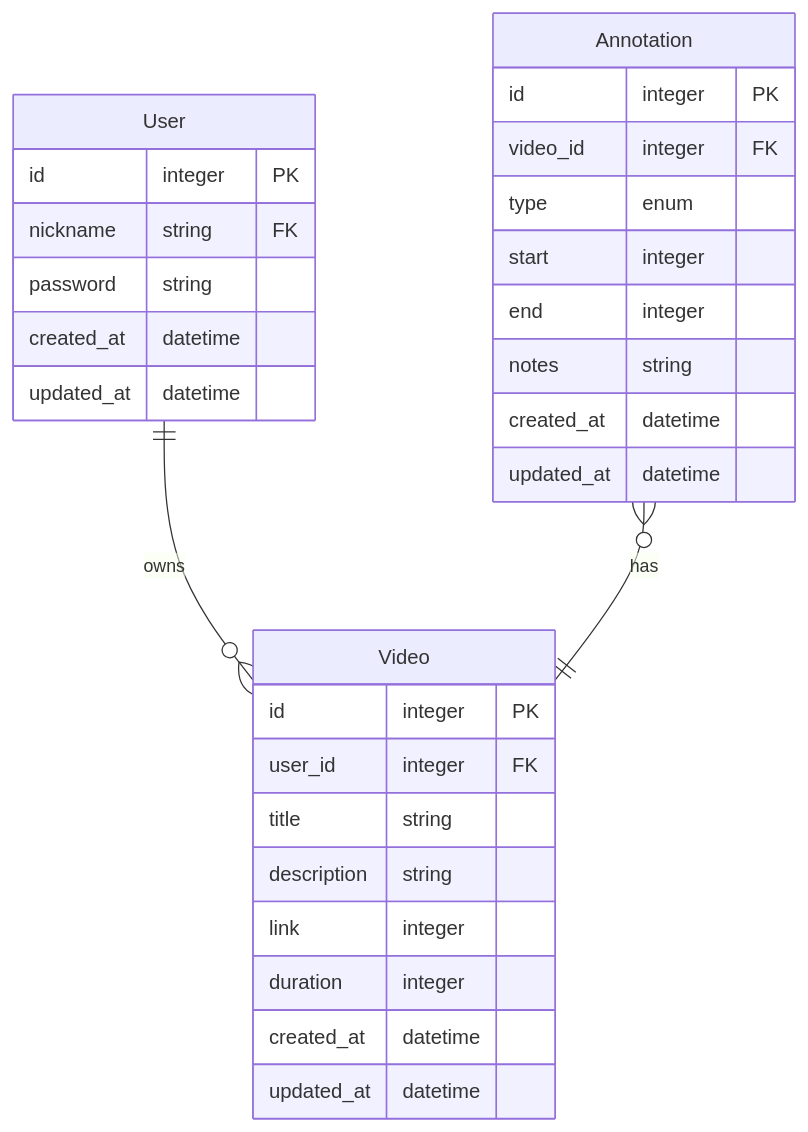
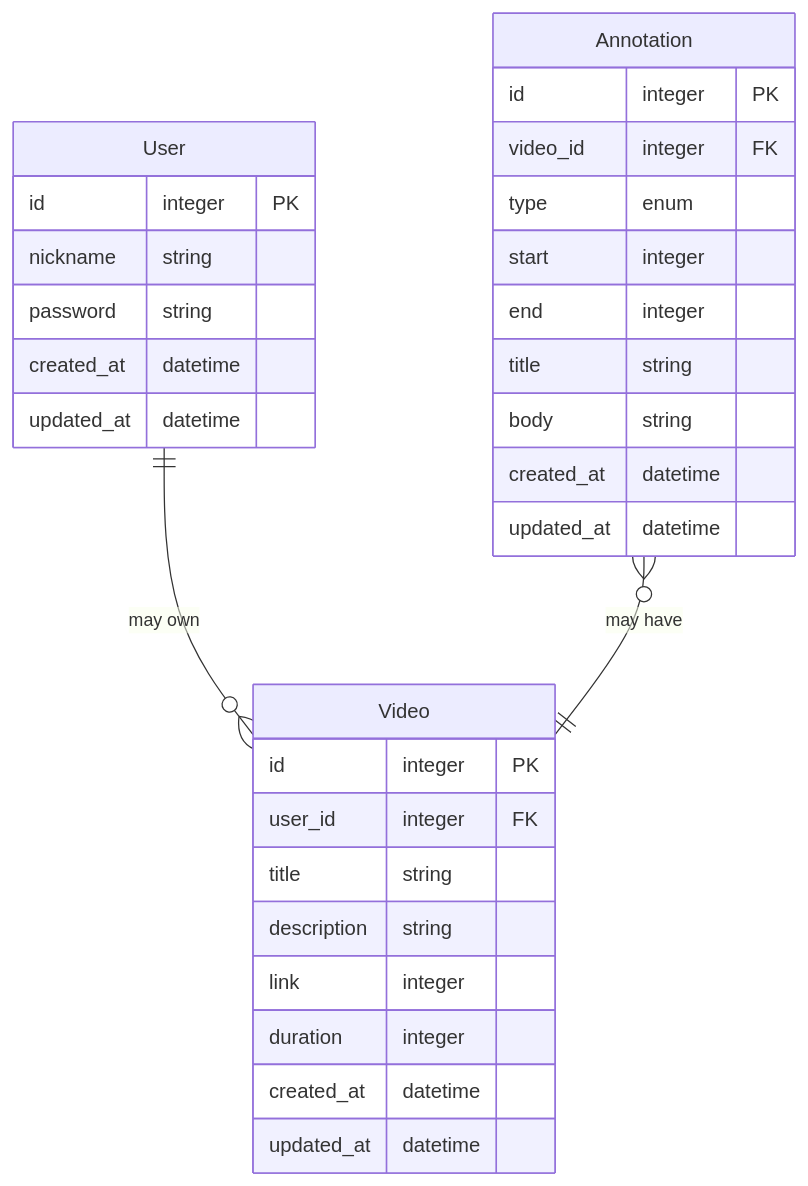
One commit to zatarain/note-vook changed the first of 2 diagrams in README.md. Above: the diagram before and after it, drawn with Mermaid. The commit also changed other lines of this file and 1 other file, not shown here.

````diff
--- a/README.md
+++ b/README.md
@@ -48,36 +52,37 @@
 ```mermaid
 erDiagram
 	Video {
 		id integer PK
 		user_id integer FK
 		title string
 		description string
 		link integer
 		duration integer
 		created_at datetime
 		updated_at datetime
 	}
 
 	Annotation {
 		id integer PK
 		video_id integer FK
 		type enum
 		start integer
 		end integer
-		notes string
+		title string
+		body string
 		created_at datetime
 		updated_at datetime
 	}
 
 	User {
 		id integer PK
-		nickname string FK
+		nickname string
 		password string
 		created_at datetime
 		updated_at datetime
 	}
 
-	User ||--o{ Video : owns
-	Annotation }o--|| Video: has
+	User ||--o{ Video : "may own"
+	Annotation }o--|| Video: "may have"
 
 ```
````
